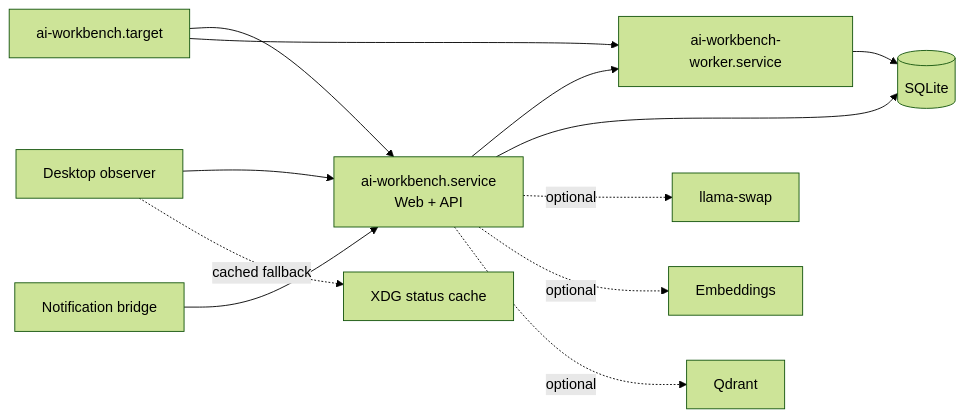
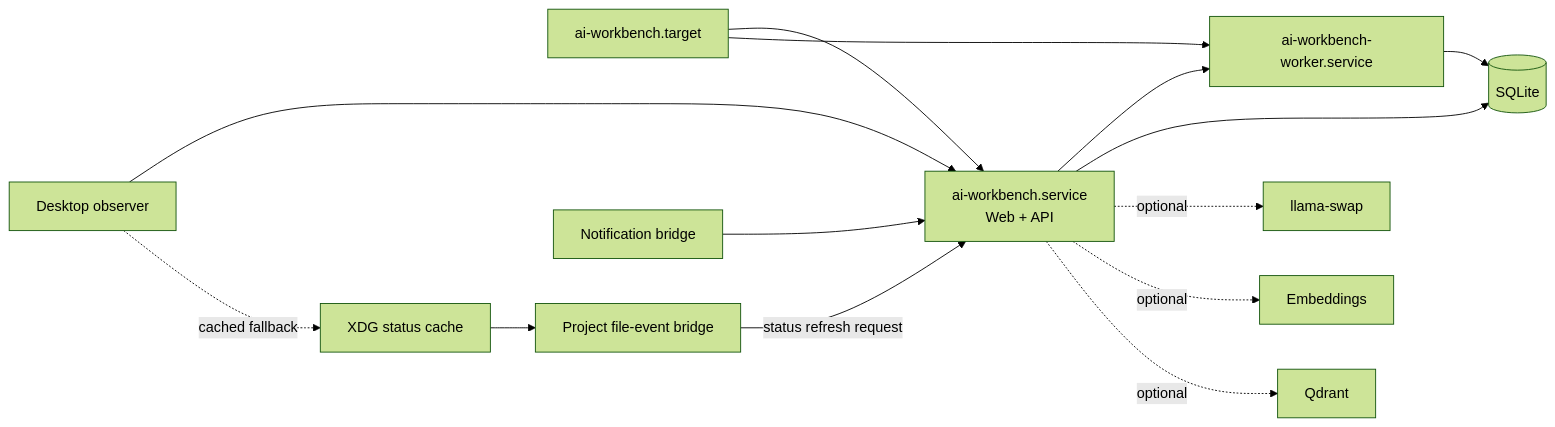
The diagram in docs/RUNTIME_SUPERVISION.md (namikofficial/ai), drawn with Mermaid (forest theme) before and after one commit. The commit also changed other lines of this file and 2 other files, not shown here.

````diff
--- a/docs/RUNTIME_SUPERVISION.md
+++ b/docs/RUNTIME_SUPERVISION.md
@@ -5,14 +5,16 @@
 ```mermaid
 flowchart LR
   T[ai-workbench.target] --> W[ai-workbench.service\nWeb + API]
   T --> B[ai-workbench-worker.service]
   W --> B
   W --> S[(SQLite)]
   B --> S
   W -. optional .-> L[llama-swap]
   W -. optional .-> E[Embeddings]
   W -. optional .-> Q[Qdrant]
   D[Desktop observer] --> W
+  F[Project file-event bridge] -->|status refresh request| W
   N[Notification bridge] --> W
   D -. cached fallback .-> C[XDG status cache]
+  C --> F
 ```
````
